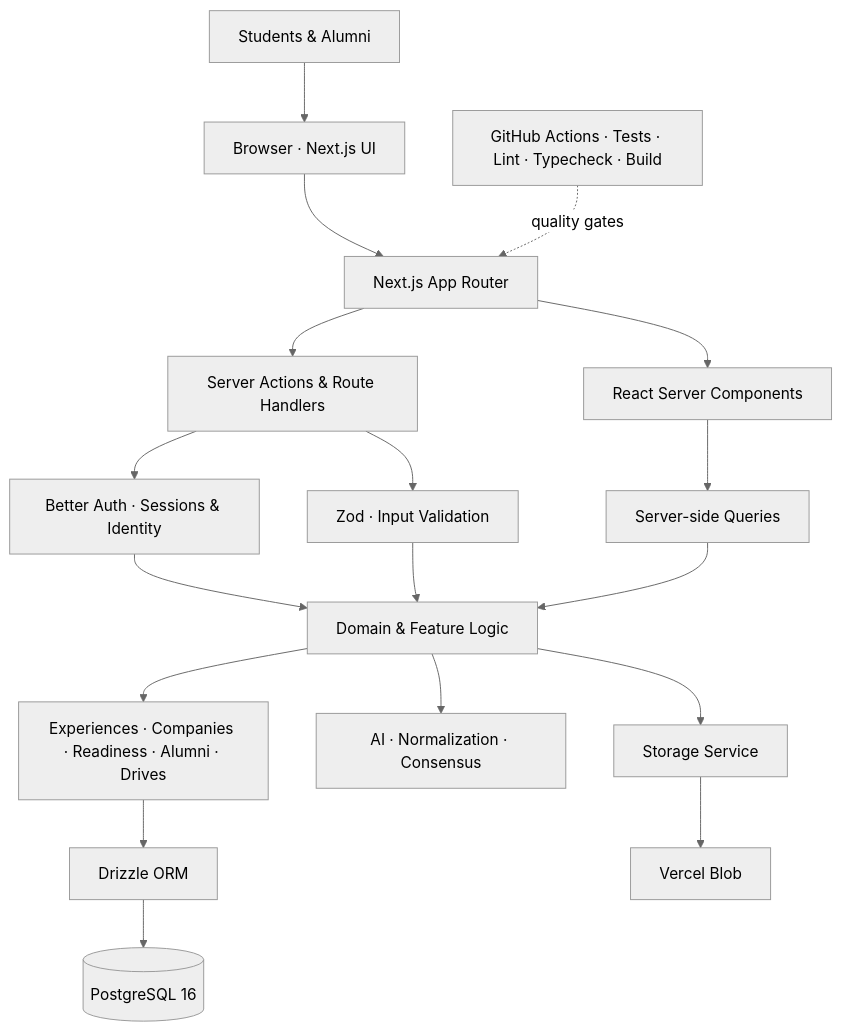
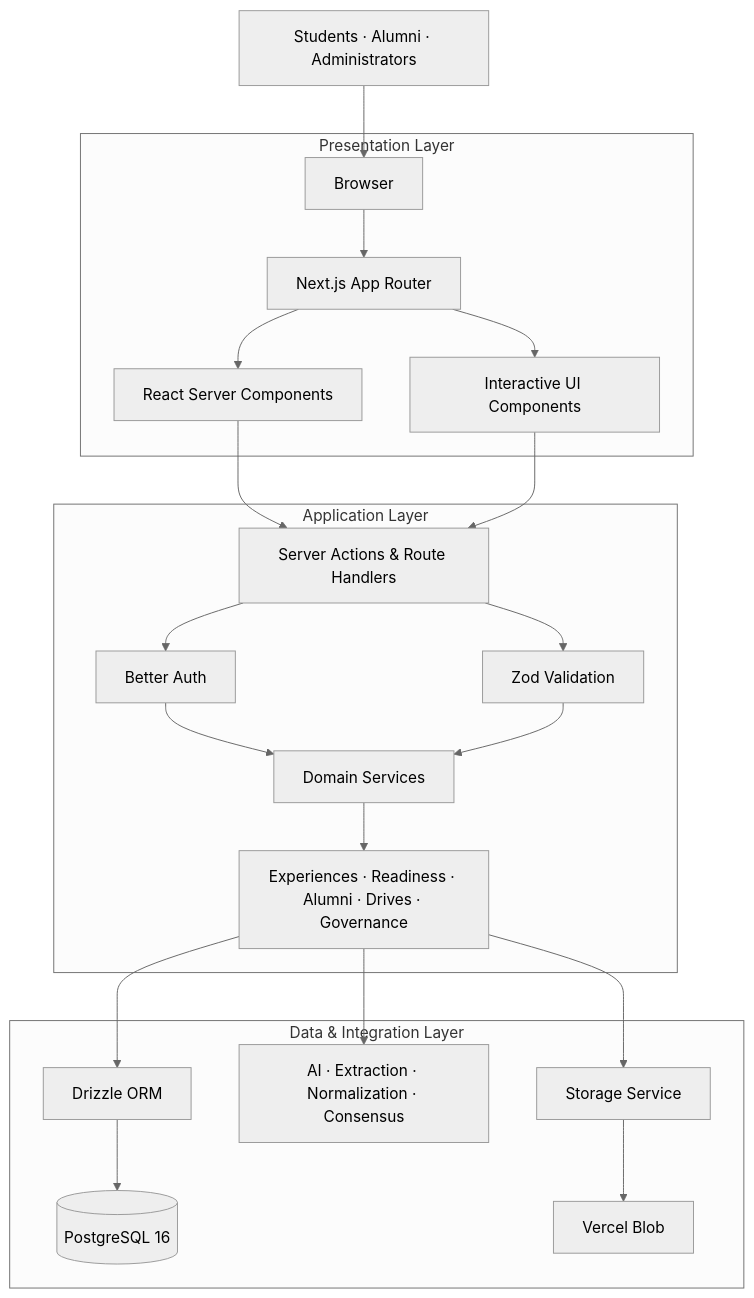
One commit to Jyatin/beyond-the-rumour-mill-team changed the first of 2 diagrams in README.md. Above: the diagram before and after it, drawn with Mermaid (neutral theme). The commit also changed other lines of this file, not shown here.

````diff
--- a/README.md
+++ b/README.md
@@ -53,20 +174,43 @@
 ```mermaid
 flowchart TB
-    USER["Students & Alumni"] --> BROWSER["Browser · Next.js UI"]
-    BROWSER --> APP["Next.js App Router"]
-    APP --> RSC["React Server Components"]
-    APP --> ENTRY["Server Actions & Route Handlers"]
-    ENTRY --> AUTH["Better Auth · Sessions & Identity"]
-    ENTRY --> VALIDATE["Zod · Input Validation"]
-    RSC --> QUERIES["Server-side Queries"]
-    AUTH --> DOMAIN["Domain & Feature Logic"]
-    VALIDATE --> DOMAIN
-    QUERIES --> DOMAIN
-    DOMAIN --> MODULES["Experiences · Companies · Readiness · Alumni · Drives"]
-    MODULES --> DATA["Drizzle ORM"]
-    DATA --> DB[("PostgreSQL 16")]
-    DOMAIN --> AI["AI · Normalization · Consensus"]
-    DOMAIN --> FILES["Storage Service"]
-    FILES --> BLOB["Vercel Blob"]
-    CI["GitHub Actions · Tests · Lint · Typecheck · Build"] -. "quality gates" .-> APP
+    USERS["Students · Alumni · Administrators"]
+    subgraph CLIENT["Presentation Layer"]
+      BROWSER["Browser"]
+      NEXT["Next.js App Router"]
+      RSC["React Server Components"]
+      UI["Interactive UI Components"]
+      BROWSER --> NEXT
+      NEXT --> RSC
+      NEXT --> UI
+    end
+
+    subgraph SERVER["Application Layer"]
+      ENTRY["Server Actions & Route Handlers"]
+      AUTH["Better Auth"]
+      VALIDATE["Zod Validation"]
+      DOMAIN["Domain Services"]
+      MODULES["Experiences · Readiness · Alumni · Drives · Governance"]
+      ENTRY --> AUTH
+      ENTRY --> VALIDATE
+      AUTH --> DOMAIN
+      VALIDATE --> DOMAIN
+      DOMAIN --> MODULES
+    end
+
+    subgraph DATA["Data & Integration Layer"]
+      ORM["Drizzle ORM"]
+      DB[("PostgreSQL 16")]
+      AI["AI · Extraction · Normalization · Consensus"]
+      STORAGE["Storage Service"]
+      BLOB["Vercel Blob"]
+      ORM --> DB
+      STORAGE --> BLOB
+    end
+
+    USERS --> BROWSER
+    RSC --> ENTRY
+    UI --> ENTRY
+    MODULES --> ORM
+    MODULES --> AI
+    MODULES --> STORAGE
 ```
````
